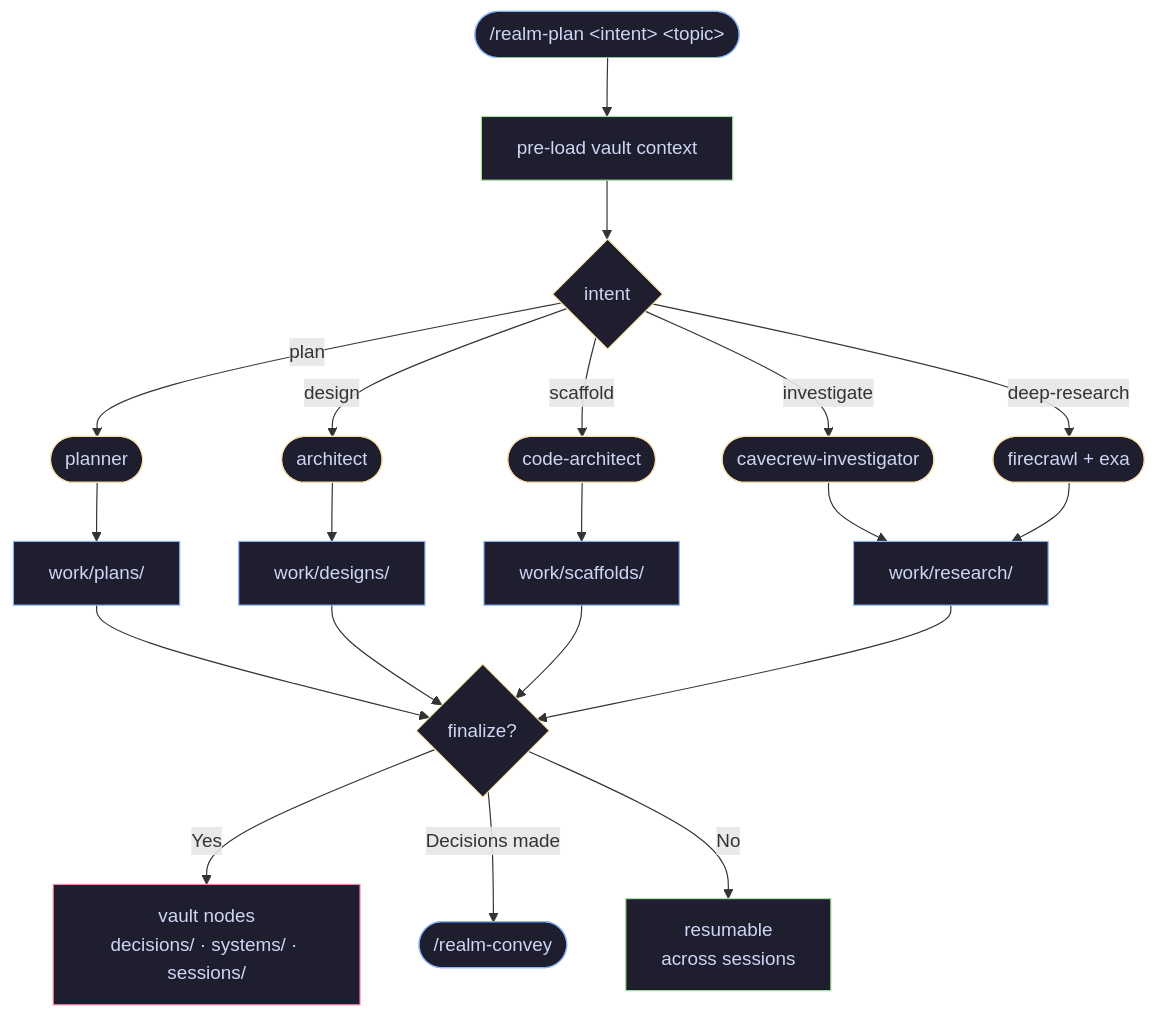
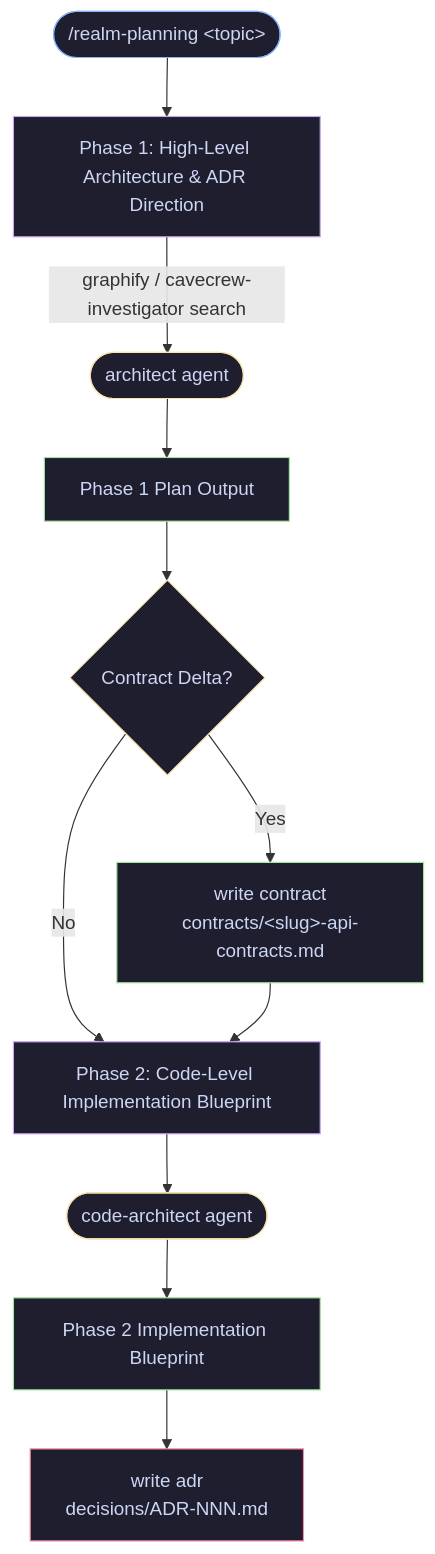
The second of 8 diagrams in VISUALS.md (blackmo18/realm), drawn with Mermaid before and after one commit. The commit also changed other lines of this file and 99 other files, not shown here.

````diff
--- a/VISUALS.md
+++ b/VISUALS.md
@@ -76,30 +44,23 @@
 ```mermaid
 flowchart TD
-    PL(["/realm-plan &lt;intent&gt; &lt;topic&gt;"]):::cmd --> VC["pre-load vault context"]:::file
-    VC --> IR{intent}:::choice
+    PL(["/realm-planning &lt;topic&gt;"]):::cmd --> P1["Phase 1: High-Level Architecture & ADR Direction"]:::step
+    P1 -->|"graphify / cavecrew-investigator search"| ARCH(["architect agent"]):::agent
+    ARCH --> P1OUT["Phase 1 Plan Output"]:::file
 
-    IR -->|plan| AG1(["planner"]):::agent
-    IR -->|design| AG2(["architect"]):::agent
-    IR -->|scaffold| AG3(["code-architect"]):::agent
-    IR -->|investigate| AG4(["cavecrew-investigator"]):::agent
-    IR -->|deep-research| AG5(["firecrawl + exa"]):::agent
+    P1OUT --> CD{Contract Delta?}:::choice
+    CD -->|Yes| WC["write contract\ncontracts/&lt;slug&gt;-api-contracts.md"]:::file
+    CD -->|No| P2
 
-    AG1 --> WP["work/plans/"]:::dir
-    AG2 --> WD["work/designs/"]:::dir
-    AG3 --> WS["work/scaffolds/"]:::dir
-    AG4 --> WR["work/research/"]:::dir
-    AG5 --> WR
+    WC --> P2["Phase 2: Code-Level Implementation Blueprint"]:::step
+    P2 --> CARCH(["code-architect agent"]):::agent
+    CARCH --> P2OUT["Phase 2 Implementation Blueprint"]:::file
 
-    WP & WD & WS & WR --> FIN{finalize?}:::choice
-    FIN -->|Yes| VN["vault nodes\ndecisions/ · systems/ · sessions/"]:::vault
-    FIN -->|Decisions made| CV(["/realm-convey"]):::cmd
-    FIN -->|No| RS["resumable\nacross sessions"]:::ok
+    P2OUT --> ADR["write adr\ndecisions/ADR-NNN.md"]:::vault
 
     classDef cmd    fill:#1e1e2e,stroke:#89b4fa,color:#cdd6f4
     classDef file   fill:#1e1e2e,stroke:#a6e3a1,color:#cdd6f4
-    classDef dir    fill:#1e1e2e,stroke:#89b4fa,color:#cdd6f4
+    classDef step   fill:#1e1e2e,stroke:#cba6f7,color:#cdd6f4
     classDef choice fill:#1e1e2e,stroke:#f9e2af,color:#cdd6f4
     classDef agent  fill:#1e1e2e,stroke:#f9e2af,color:#cdd6f4
     classDef vault  fill:#1e1e2e,stroke:#f38ba8,color:#cdd6f4
-    classDef ok     fill:#1e1e2e,stroke:#a6e3a1,color:#cdd6f4
 ```
````
